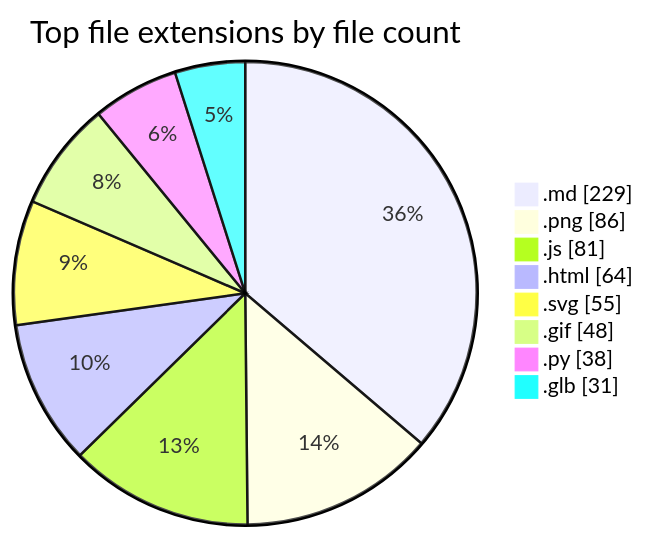
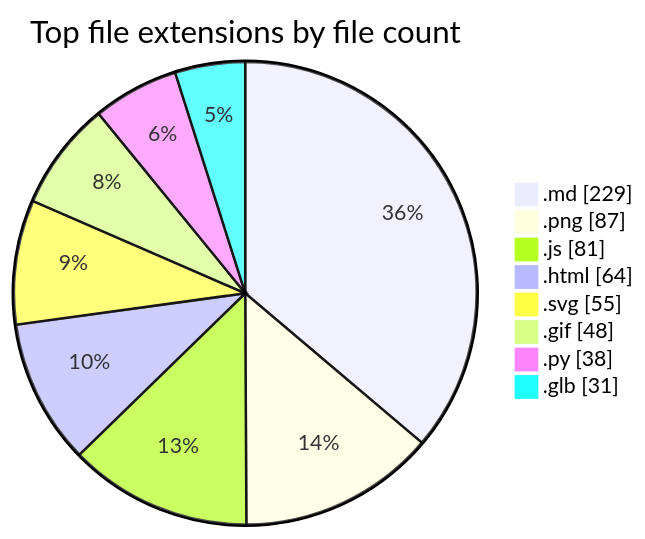
One commit to tchinso/tchinso changed the second of 2 diagrams in README.md. Above: the diagram before and after it, drawn with Mermaid. The commit also changed other lines of this file, not shown here.

````diff
--- a/README.md
+++ b/README.md
@@ -53,12 +53,12 @@
 ```mermaid
 pie showData
     title Top file extensions by file count
     ".md" : 229
-    ".png" : 86
+    ".png" : 87
     ".js" : 81
     ".html" : 64
     ".svg" : 55
     ".gif" : 48
     ".py" : 38
     ".glb" : 31
 ```
````
